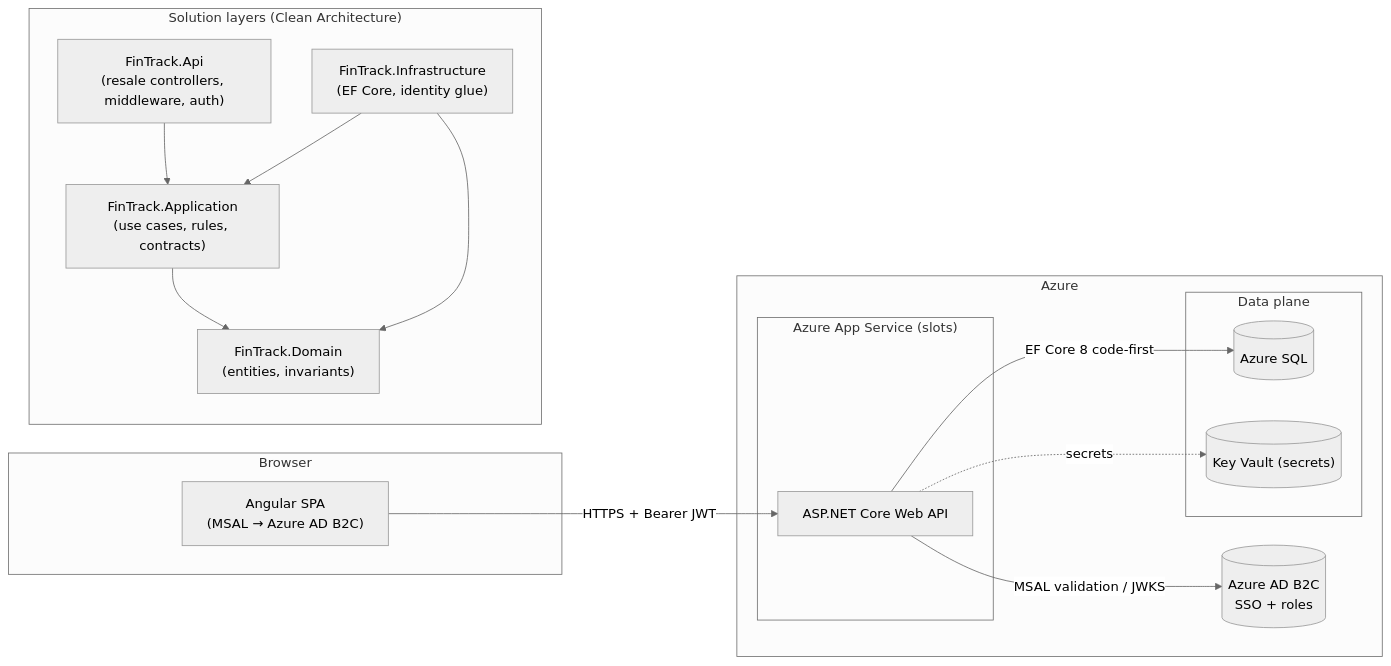
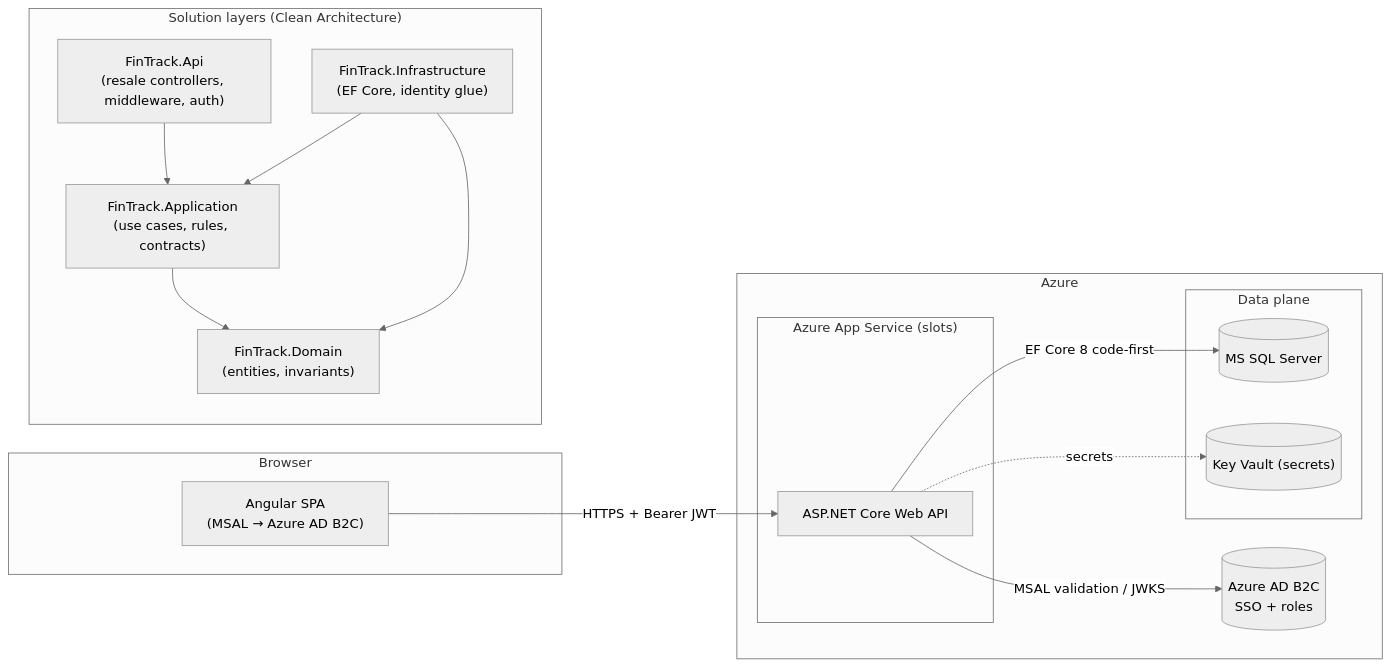
One commit to OmArYaS/FinTrack changed the diagram in docs/architecture.md. Above: the diagram before and after it, drawn with Mermaid (neutral theme). The commit also changed other lines of this file and 8 other files, not shown here.

Commit message:
Relabel data tier as MS SQL Server; drop Azure SQL and Azure DevOps branding from docs

````diff
--- a/docs/architecture.md
+++ b/docs/architecture.md
@@ -5,32 +5,32 @@
 ```mermaid
 flowchart LR
     subgraph Client["Browser"]
         UI["Angular SPA\n(MSAL → Azure AD B2C)"]
     end
     subgraph Cloud["Azure"]
         subgraph Compute["Azure App Service (slots)"]
             API["ASP.NET Core Web API"]
         end
         subgraph Data["Data plane"]
-            SQL[("Azure SQL")]
+            SQL[("MS SQL Server")]
             KV[("Key Vault (secrets)")]
         end
         AAD[("Azure AD B2C\nSSO + roles")]
     end
 
     UI -->|HTTPS + Bearer JWT| API
     API -->|EF Core 8 code-first| SQL
     API -->|MSAL validation / JWKS| AAD
     API -. secrets .-> KV
 
     subgraph Layers["Solution layers (Clean Architecture)"]
         direction TB
         Api["FinTrack.Api\n(resale controllers, middleware, auth)"]
         App["FinTrack.Application\n(use cases, rules, contracts)"]
         Dom["FinTrack.Domain\n(entities, invariants)"]
         Infra["FinTrack.Infrastructure\n(EF Core, identity glue)"]
         Api --> App --> Dom
         Infra --> App
         Infra --> Dom
     end
 ```
````
